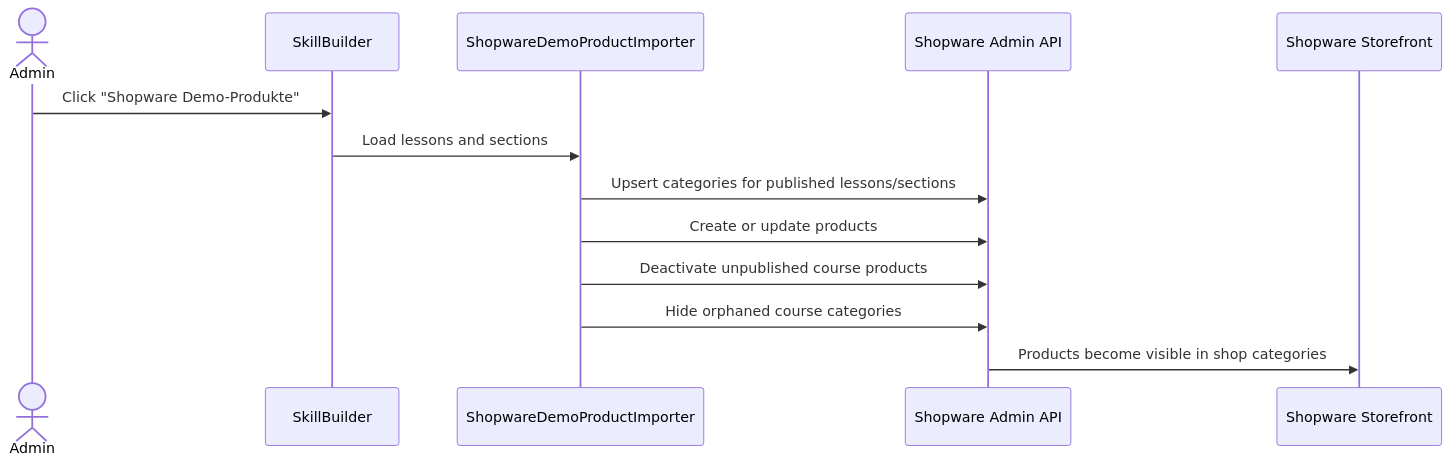
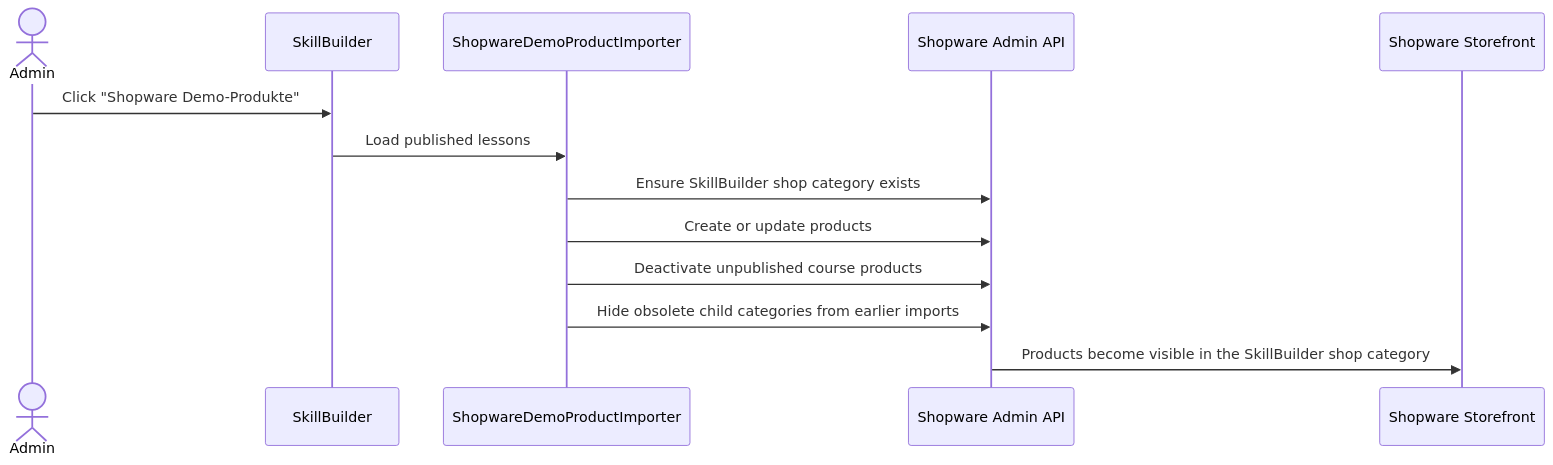
One commit to roadynet/skillbuilder-showcase changed the second of 2 diagrams in docs/architecture.md. Above: the diagram before and after it, drawn with Mermaid. The commit also changed other lines of this file and 3 other files, not shown here.

````diff
--- a/docs/architecture.md
+++ b/docs/architecture.md
@@ -48,16 +48,16 @@
 ```mermaid
 sequenceDiagram
     actor Admin
     participant SkillBuilder
     participant Importer as ShopwareDemoProductImporter
     participant API as Shopware Admin API
     participant Storefront as Shopware Storefront
 
     Admin->>SkillBuilder: Click "Shopware Demo-Produkte"
-    SkillBuilder->>Importer: Load lessons and sections
-    Importer->>API: Upsert categories for published lessons/sections
+    SkillBuilder->>Importer: Load published lessons
+    Importer->>API: Ensure SkillBuilder shop category exists
     Importer->>API: Create or update products
     Importer->>API: Deactivate unpublished course products
-    Importer->>API: Hide orphaned course categories
-    API->>Storefront: Products become visible in shop categories
+    Importer->>API: Hide obsolete child categories from earlier imports
+    API->>Storefront: Products become visible in the SkillBuilder shop category
 ```
````
